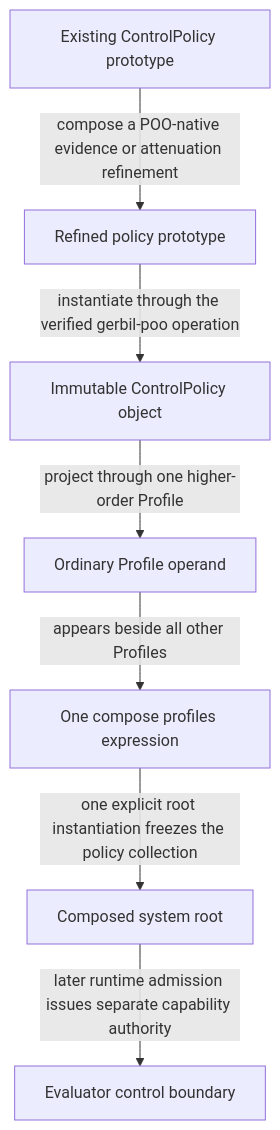
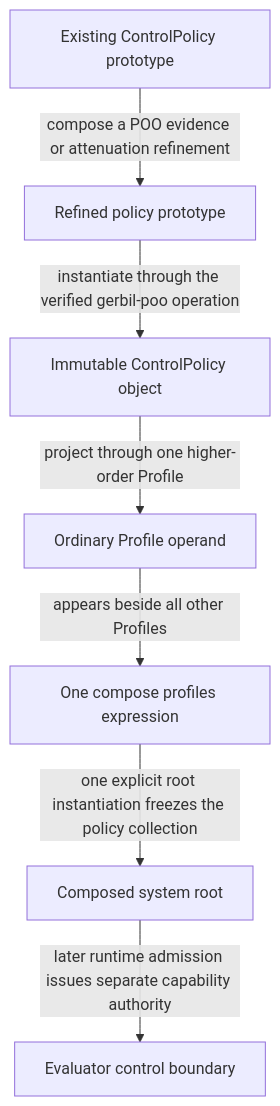
One commit to tao3k/gebril-yuanxu changed the second of 3 diagrams in module-system/design/45-91-control-policy-profile-projection-and-flat-use-composition-interface.org. Above: the diagram before and after it, drawn with Mermaid. The commit also changed other lines of this file and 1469 other files, not shown here.

```diff
--- a/module-system/design/45-91-control-policy-profile-projection-and-flat-use-composition-interface.org
+++ b/module-system/design/45-91-control-policy-profile-projection-and-flat-use-composition-interface.org
@@ -411,9 +411,9 @@
 #+begin_src mermaid
 flowchart TD
-  B["Existing ControlPolicy prototype"] -->|"compose a POO-native evidence or attenuation refinement"| X["Refined policy prototype"]
+  B["Existing ControlPolicy prototype"] -->|"compose a POO evidence or attenuation refinement"| X["Refined policy prototype"]
   X -->|"instantiate through the verified gerbil-poo operation"| O["Immutable ControlPolicy object"]
   O -->|"project through one higher-order Profile"| P["Ordinary Profile operand"]
   P -->|"appears beside all other Profiles"| C["One compose profiles expression"]
   C -->|"one explicit root instantiation freezes the policy collection"| R["Composed system root"]
   R -->|"later runtime admission issues separate capability authority"| E["Evaluator control boundary"]
 #+end_src
```
